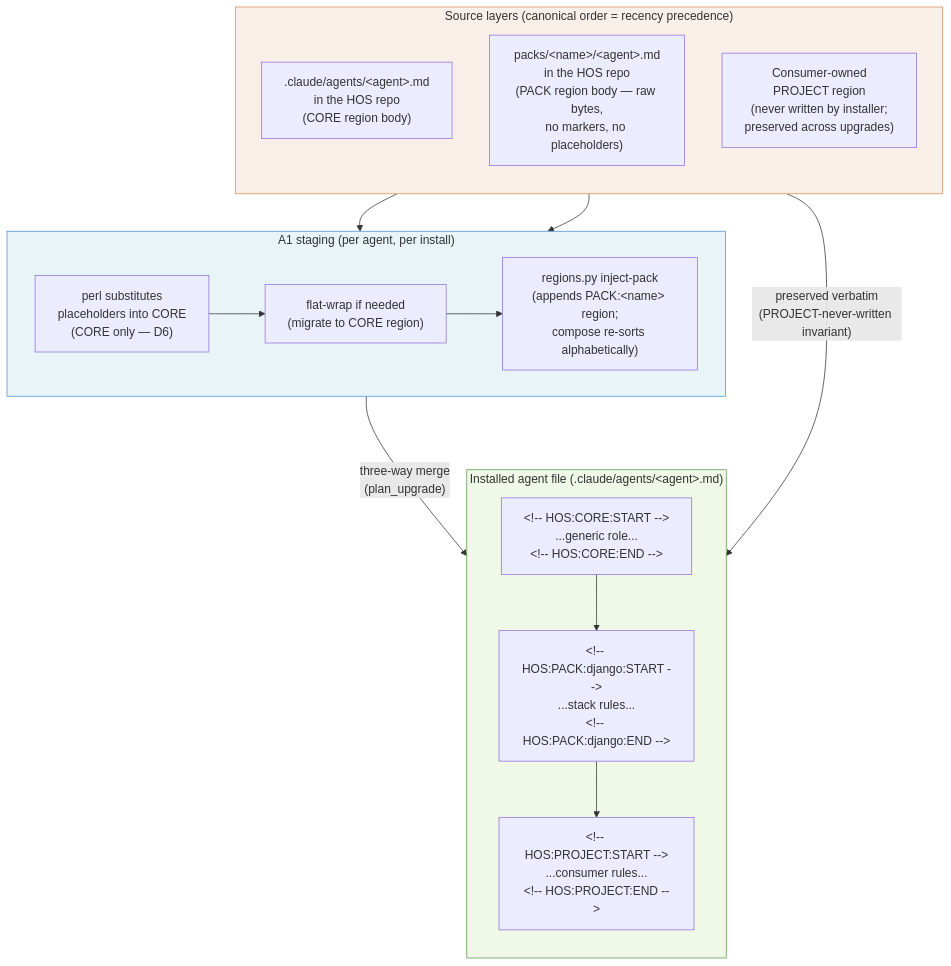
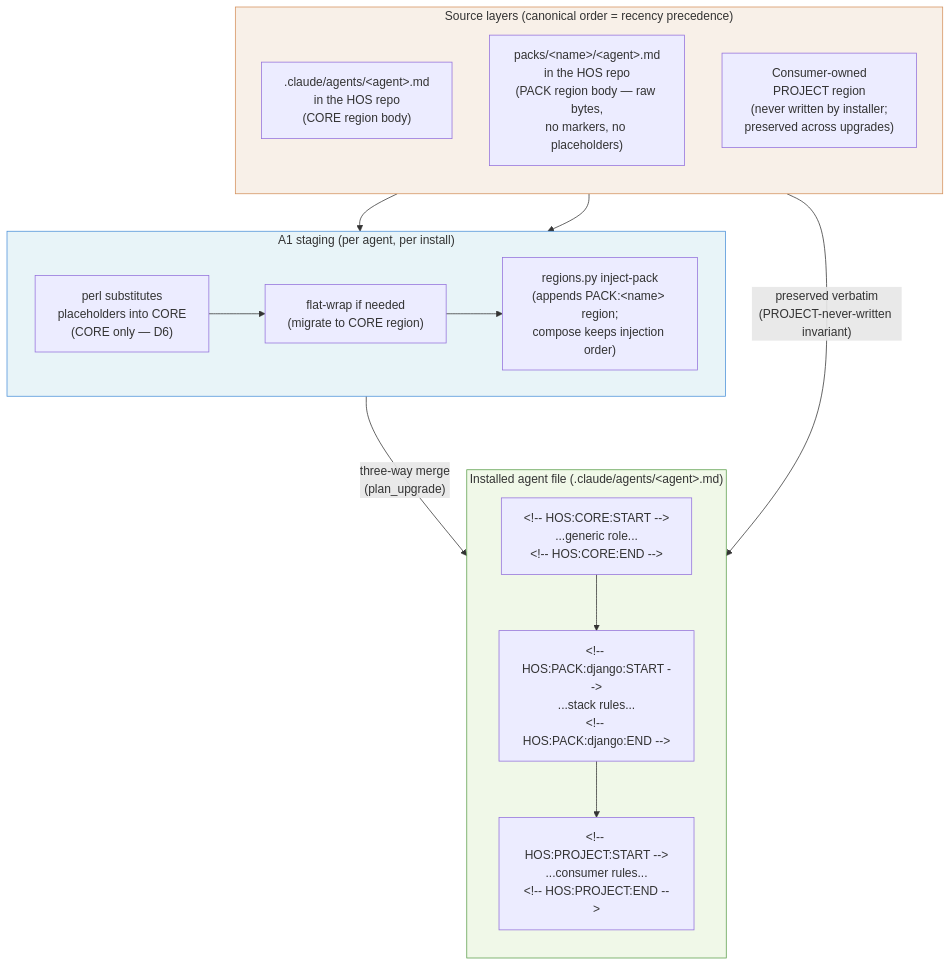
The eighth of 10 diagrams in ARCHITECTURE.md (thurlow-research/HumanOversightSystem), drawn with Mermaid before and after one commit. The commit also changed other lines of this file and 5 other files, not shown here.

First line of the commit message:
fix: PACK regions compose in dependency-closure order, not alphabetically (#1080)

````diff
--- a/ARCHITECTURE.md
+++ b/ARCHITECTURE.md
@@ -456,32 +456,32 @@
 ```mermaid
 flowchart TB
     subgraph SOURCES["Source layers (canonical order = recency precedence)"]
         direction TB
         CORE_SRC[".claude/agents/&lt;agent&gt;.md\nin the HOS repo\n(CORE region body)"]
         PACK_SRC["packs/&lt;name&gt;/&lt;agent&gt;.md\nin the HOS repo\n(PACK region body — raw bytes,\nno markers, no placeholders)"]
         PROJ_SRC["Consumer-owned\nPROJECT region\n(never written by installer;\npreserved across upgrades)"]
     end
 
     subgraph STAGE["A1 staging (per agent, per install)"]
         direction LR
         SUB["perl substitutes\nplaceholders into CORE\n(CORE only — D6)"] --> WRAP["flat-wrap if needed\n(migrate to CORE region)"]
-        WRAP --> INJ["regions.py inject-pack\n(appends PACK:&lt;name&gt; region;\ncompose re-sorts alphabetically)"]
+        WRAP --> INJ["regions.py inject-pack\n(appends PACK:&lt;name&gt; region;\ncompose keeps injection order)"]
     end
 
     subgraph INSTALLED["Installed agent file (.claude/agents/&lt;agent&gt;.md)"]
         direction TB
         C["&lt;!-- HOS:CORE:START --&gt;\n...generic role...\n&lt;!-- HOS:CORE:END --&gt;"]
         P["&lt;!-- HOS:PACK:django:START --&gt;\n...stack rules...\n&lt;!-- HOS:PACK:django:END --&gt;"]
         PR["&lt;!-- HOS:PROJECT:START --&gt;\n...consumer rules...\n&lt;!-- HOS:PROJECT:END --&gt;"]
         C --> P --> PR
     end
 
     CORE_SRC --> SUB
     PACK_SRC --> INJ
     INJ -->|"three-way merge\n(plan_upgrade)"| INSTALLED
     PROJ_SRC -->|"preserved verbatim\n(PROJECT-never-written invariant)"| PR
 
     style SOURCES fill:#f8f0e8,stroke:#d4905a
     style STAGE fill:#e8f4f8,stroke:#4a90d9
     style INSTALLED fill:#f0f8e8,stroke:#5a9e4a
 ```
````
